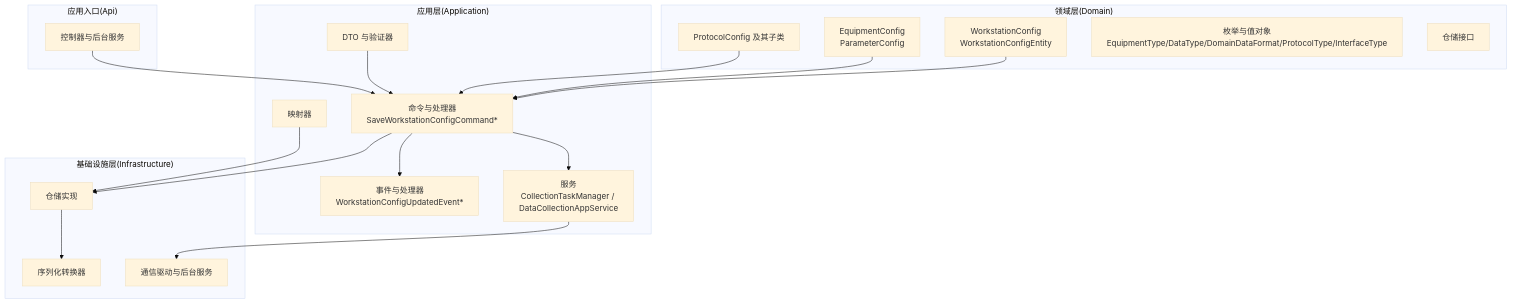
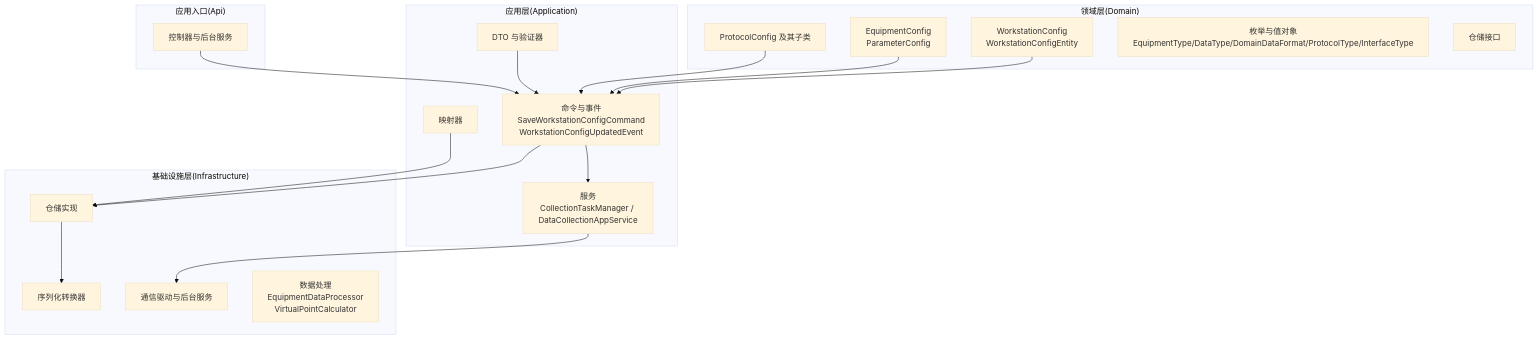
Before and after one commit to whitemousetl/IndustrialDataSolution: the first of 7 diagrams in .qoder/repowiki/zh/content/领域模型设计/领域模型设计.md, drawn with Mermaid (base theme). The commit also changed other lines of this file and 4 other files, not shown here.

````diff
--- a/.qoder/repowiki/zh/content/领域模型设计/领域模型设计.md
+++ b/.qoder/repowiki/zh/content/领域模型设计/领域模型设计.md
@@ -75,36 +69,35 @@
 ```mermaid
 graph TB
 subgraph "领域层(Domain)"
 D1["WorkstationConfig<br/>WorkstationConfigEntity"]
 D2["EquipmentConfig<br/>ParameterConfig"]
 D3["ProtocolConfig 及其子类"]
 D4["枚举与值对象<br/>EquipmentType/DataType/DomainDataFormat/ProtocolType/InterfaceType"]
 D5["仓储接口"]
 end
 subgraph "应用层(Application)"
-A1["命令与处理器<br/>SaveWorkstationConfigCommand*"]
-A2["事件与处理器<br/>WorkstationConfigUpdatedEvent*"]
-A3["服务<br/>CollectionTaskManager / DataCollectionAppService"]
-A4["DTO 与验证器"]
-A5["映射器"]
+A1["命令与事件<br/>SaveWorkstationConfigCommand<br/>WorkstationConfigUpdatedEvent"]
+A2["服务<br/>CollectionTaskManager / DataCollectionAppService"]
+A3["DTO 与验证器"]
+A4["映射器"]
 end
 subgraph "基础设施层(Infrastructure)"
 I1["仓储实现"]
 I2["序列化转换器"]
 I3["通信驱动与后台服务"]
+I4["数据处理<br/>EquipmentDataProcessor<br/>VirtualPointCalculator"]
 end
 subgraph "应用入口(Api)"
 P1["控制器与后台服务"]
 end
 D1 --> A1
 D2 --> A1
 D3 --> A1
 A1 --> A2
-A1 --> A3
-A3 --> I3
+A2 --> I3
 A1 --> I1
-A4 --> A1
-A5 --> I1
+A3 --> A1
+A4 --> I1
 I1 --> I2
 P1 --> A1
 ```
````
